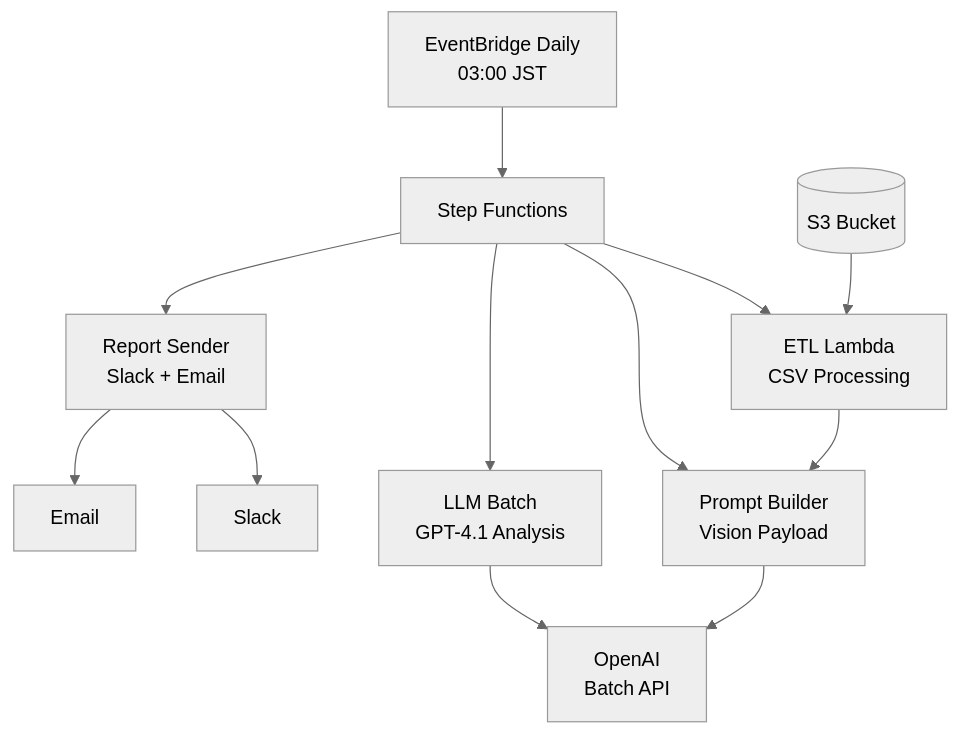
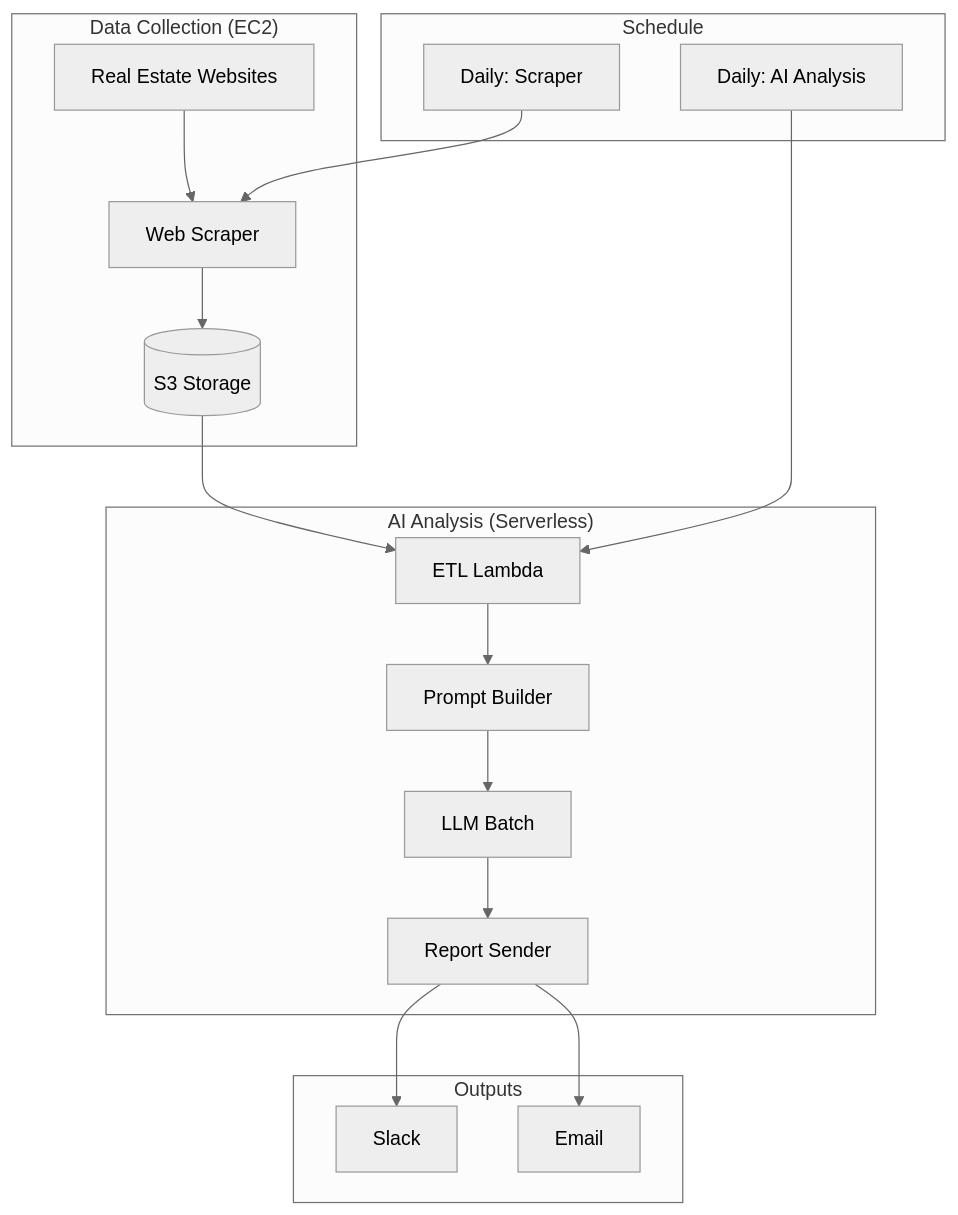
One commit to jpns3334444/scraper changed the diagram in README.md. Above: the diagram before and after it, drawn with Mermaid (neutral theme). The commit also changed other lines of this file and 25 other files, not shown here.

````diff
--- a/README.md
+++ b/README.md
@@ -9,15 +23,24 @@
 ```mermaid
 graph TB
-    EB[EventBridge Daily<br/>03:00 JST] --> SF[Step Functions]
-    SF --> L1[ETL Lambda<br/>CSV Processing]
-    SF --> L2[Prompt Builder<br/>Vision Payload]
-    SF --> L3[LLM Batch<br/>GPT-4.1 Analysis]
-    SF --> L4[Report Sender<br/>Slack + Email]
+    subgraph "Data Collection (EC2)"
+        WEB[Real Estate Websites] --> SCRAPER[Web Scraper]
+        SCRAPER --> S3[(S3 Storage)]
+    end
     
-    S3[(S3 Bucket)] --> L1
-    L1 --> L2
-    L2 --> OAI[OpenAI<br/>Batch API]
-    L3 --> OAI
-    L4 --> SLACK[Slack]
-    L4 --> SES[Email]
+    subgraph "AI Analysis (Serverless)"
+        S3 --> ETL[ETL Lambda]
+        ETL --> PROMPT[Prompt Builder]
+        PROMPT --> LLM[LLM Batch]
+        LLM --> REPORT[Report Sender]
+    end
+    
+    subgraph "Outputs"
+        REPORT --> SLACK[Slack]
+        REPORT --> EMAIL[Email]
+    end
+    
+    subgraph "Schedule"
+        CRON1[Daily: Scraper] --> SCRAPER
+        CRON2[Daily: AI Analysis] --> ETL
+    end
 ```
````
